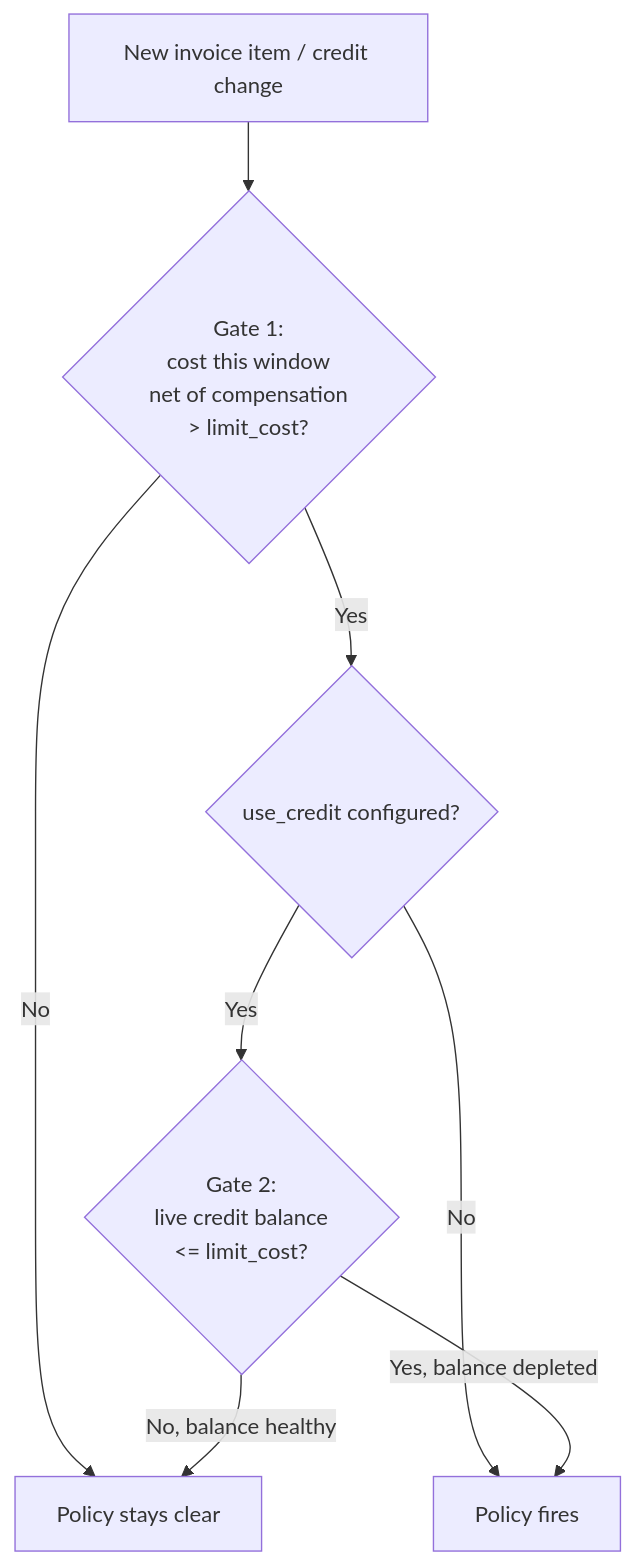
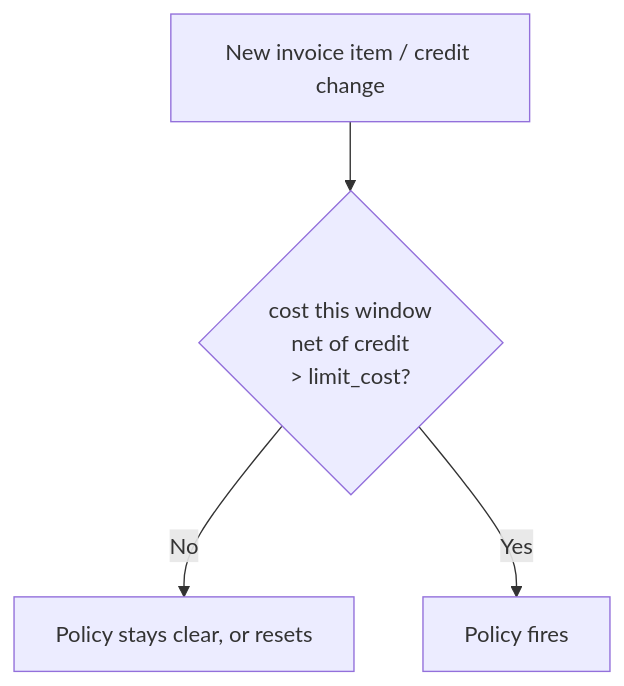
Before and after one commit to waldur/waldur-docs: the second of 2 diagrams in docs/about/concepts/policies.md, drawn with Mermaid. The commit also changed other lines of this file and 17 other files, not shown here.

Commit message:
Explain cost policies over their limit and paying earlier invoices [waldur/waldur-mastermind#784]

````diff
--- a/docs/about/concepts/policies.md
+++ b/docs/about/concepts/policies.md
@@ -74,10 +74,6 @@
 ```mermaid
 graph TD
-    A[New invoice item / credit change] --> B{Gate 1:<br>cost this window<br>net of compensation<br>> limit_cost?}
-    B -->|No| Z[Policy stays clear]
-    B -->|Yes| C{use_credit configured?}
-    C -->|No| F[Policy fires]
-    C -->|Yes| D{Gate 2:<br>live credit balance<br><= limit_cost?}
-    D -->|No, balance healthy| Z
-    D -->|Yes, balance depleted| F
+    A[New invoice item / credit change] --> B{cost this window<br>net of credit<br>> limit_cost?}
+    B -->|No| Z[Policy stays clear, or resets]
+    B -->|Yes| F[Policy fires]
 ```
````
